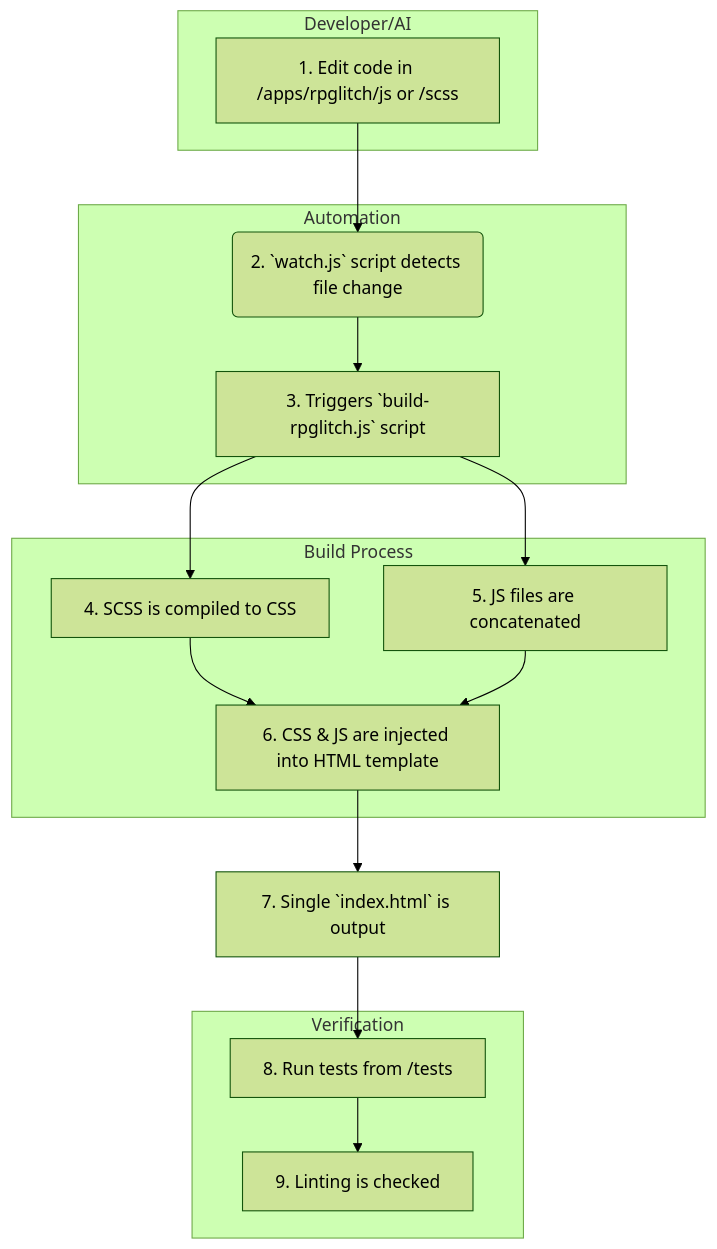
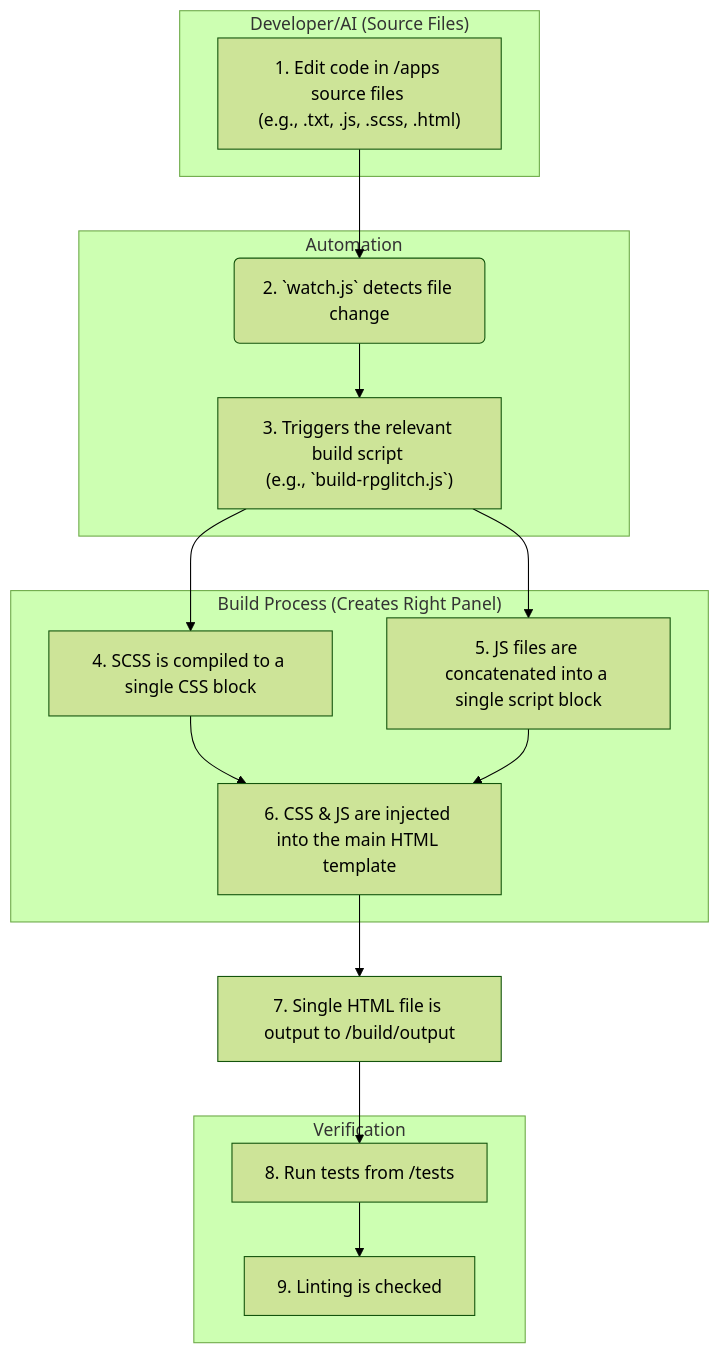
The diagram in rules/system-architecture.md (JooduG/RPGlitch), drawn with Mermaid (forest theme) before and after one commit. The commit also changed other lines of this file and 6 other files, not shown here.

````diff
--- a/rules/system-architecture.md
+++ b/rules/system-architecture.md
@@ -27,33 +38,33 @@
 ```mermaid
 graph TD
-    subgraph "Developer/AI"
-        A[1. Edit code in /apps/rpglitch/js or /scss]
+    subgraph "Developer/AI (Source Files)"
+        A["1. Edit code in /apps source files <br/>(e.g., .txt, .js, .scss, .html)"]
     end
 
     subgraph "Automation"
-        B(2. `watch.js` script detects file change)
-        C[3. Triggers `build-rpglitch.js` script]
+        B(2. `watch.js` detects file change)
+        C["3. Triggers the relevant build script <br/>(e.g., `build-rpglitch.js`)"]
     end
 
-    subgraph "Build Process"
-        D[4. SCSS is compiled to CSS]
-        E[5. JS files are concatenated]
-        F[6. CSS & JS are injected into HTML template]
-    end
-    
-    subgraph "Verification"
-        H[8. Run tests from /tests]
-        I[9. Linting is checked]
+    subgraph "Build Process (Creates Right Panel)"
+        D["4. SCSS is compiled to a single CSS block"]
+        E["5. JS files are concatenated into a single script block"]
+        F["6. CSS & JS are injected into the main HTML template"]
     end
 
-    G[7. Single `index.html` is output]
-    
+    subgraph "Verification"
+        H["8. Run tests from /tests"]
+        I["9. Linting is checked"]
+    end
+
+    G["7. Single HTML file is output to /build/output"]
+
     A --> B;
     B --> C;
     C --> D;
     C --> E;
     D & E --> F;
     F --> G;
     G --> H;
     H --> I;
 ```
````
